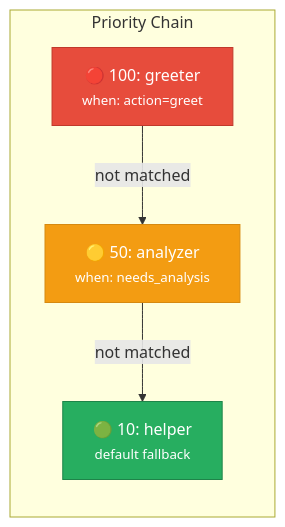
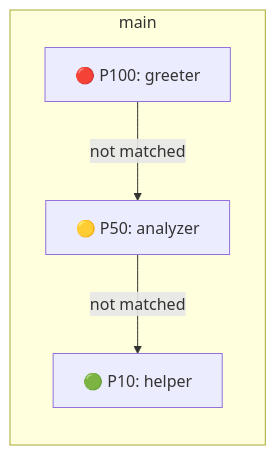
Before and after one commit to Pablo11111544545/agent-contracts: the fourth of 5 diagrams in docs/ARCHITECTURE_SAMPLE.md, drawn with Mermaid. The commit also changed other lines of this file and 2 other files, not shown here.

Commit message:
feat: Enhance architecture visualization with detailed data flow, slice dependencies, and supervisor-specific priority chains.

````diff
--- a/docs/ARCHITECTURE_SAMPLE.md
+++ b/docs/ARCHITECTURE_SAMPLE.md
@@ -139,16 +135,11 @@
 ```mermaid
 flowchart TD
-    subgraph priority["Priority Chain"]
+    subgraph main["main"]
         direction TB
-        p100["🔴 100: greeter<br/><small>when: action=greet</small>"]
-        p50["🟡 50: analyzer<br/><small>when: needs_analysis</small>"]
-        p10["🟢 10: helper<br/><small>default fallback</small>"]
+        greeter["🔴 P100: greeter"]
+        analyzer["🟡 P50: analyzer"]
+        greeter -->|"not matched"| analyzer
+        helper["🟢 P10: helper"]
+        analyzer -->|"not matched"| helper
     end
-    
-    p100 -->|"not matched"| p50
-    p50 -->|"not matched"| p10
-    
-    style p100 fill:#e74c3c,stroke:#c0392b,color:#fff
-    style p50 fill:#f39c12,stroke:#d68910,color:#fff
-    style p10 fill:#27ae60,stroke:#1e8449,color:#fff
 ```
````
